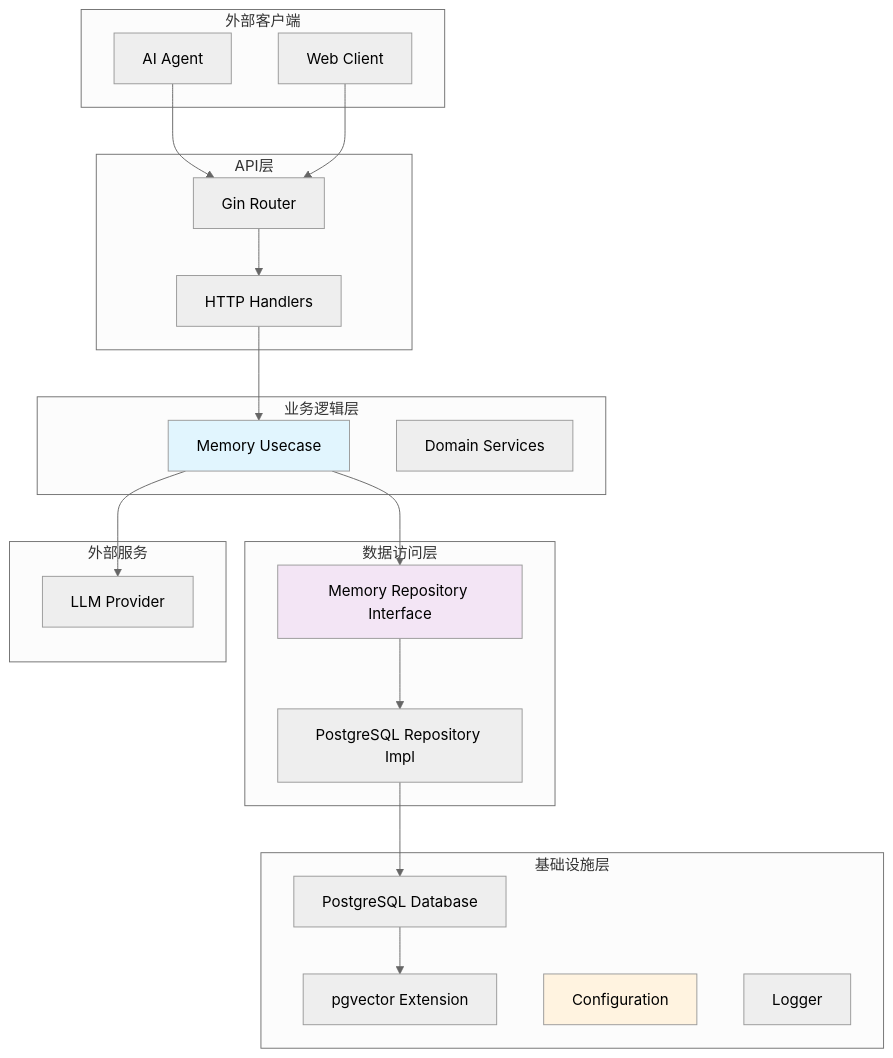
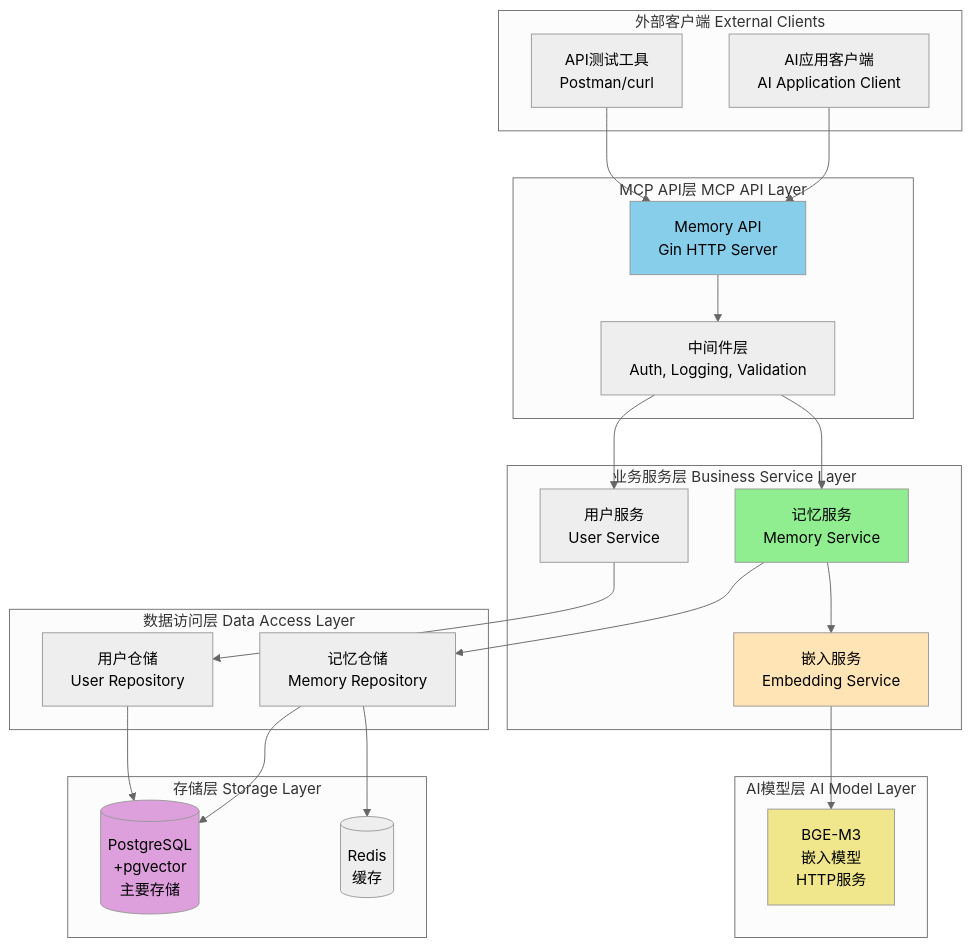
One commit to tClown11/mem-bank changed the diagram in docs/stage1-mvp-design.md. Above: the diagram before and after it, drawn with Mermaid (neutral theme). The commit also changed other lines of this file and 18 other files, not shown here.

````diff
--- a/docs/stage1-mvp-design.md
+++ b/docs/stage1-mvp-design.md
@@ -43,47 +19,59 @@
 ```mermaid
 graph TB
-    subgraph "外部客户端"
-        A[AI Agent]
-        B[Web Client]
+    subgraph "外部客户端 External Clients"
+        CLIENT[AI应用客户端<br/>AI Application Client]
+        POSTMAN[API测试工具<br/>Postman/curl]
     end
     
-    subgraph "API层"
-        C[Gin Router]
-        D[HTTP Handlers]
+    subgraph "MCP API层 MCP API Layer"
+        API[Memory API<br/>Gin HTTP Server]
+        MIDDLEWARE[中间件层<br/>Auth, Logging, Validation]
     end
     
-    subgraph "业务逻辑层"
-        E[Memory Usecase]
-        F[Domain Services]
+    subgraph "业务服务层 Business Service Layer"
+        MEMORY_SVC[记忆服务<br/>Memory Service]
+        EMBEDDING_SVC[嵌入服务<br/>Embedding Service]
+        USER_SVC[用户服务<br/>User Service]
     end
     
-    subgraph "数据访问层"
-        G[Memory Repository Interface]
-        H[PostgreSQL Repository Impl]
+    subgraph "数据访问层 Data Access Layer"
+        MEMORY_REPO[记忆仓储<br/>Memory Repository]
+        USER_REPO[用户仓储<br/>User Repository]
     end
     
-    subgraph "基础设施层"
-        I[PostgreSQL Database]
-        J[pgvector Extension]
-        K[Configuration]
-        L[Logger]
+    subgraph "存储层 Storage Layer"
+        PG[(PostgreSQL<br/>+pgvector<br/>主要存储)]
+        REDIS[(Redis<br/>缓存)]
     end
     
-    subgraph "外部服务"
-        M[LLM Provider]
+    subgraph "AI模型层 AI Model Layer"
+        BGE[BGE-M3<br/>嵌入模型<br/>HTTP服务]
     end
     
-    A --> C
-    B --> C
-    C --> D
-    D --> E
-    E --> G
-    G --> H
-    H --> I
-    I --> J
-    E --> M
+    %% 请求流
+    CLIENT --> API
+    POSTMAN --> API
+    API --> MIDDLEWARE
+    MIDDLEWARE --> MEMORY_SVC
+    MIDDLEWARE --> USER_SVC
     
-    style E fill:#e1f5fe
-    style G fill:#f3e5f5
-    style K fill:#fff3e0
+    %% 服务调用
+    MEMORY_SVC --> EMBEDDING_SVC
+    MEMORY_SVC --> MEMORY_REPO
+    USER_SVC --> USER_REPO
+    
+    %% 数据访问
+    MEMORY_REPO --> PG
+    MEMORY_REPO --> REDIS
+    USER_REPO --> PG
+    
+    %% AI服务
+    EMBEDDING_SVC --> BGE
+    
+    %% 样式
+    style API fill:#87CEEB
+    style MEMORY_SVC fill:#90EE90
+    style EMBEDDING_SVC fill:#FFE4B5
+    style PG fill:#DDA0DD
+    style BGE fill:#F0E68C
 ```
````
